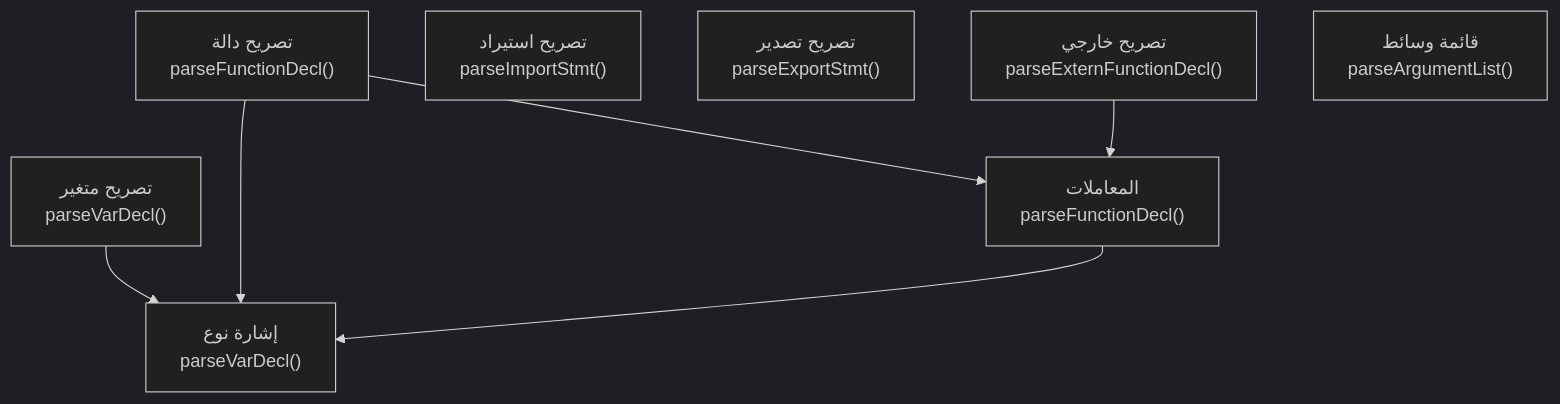
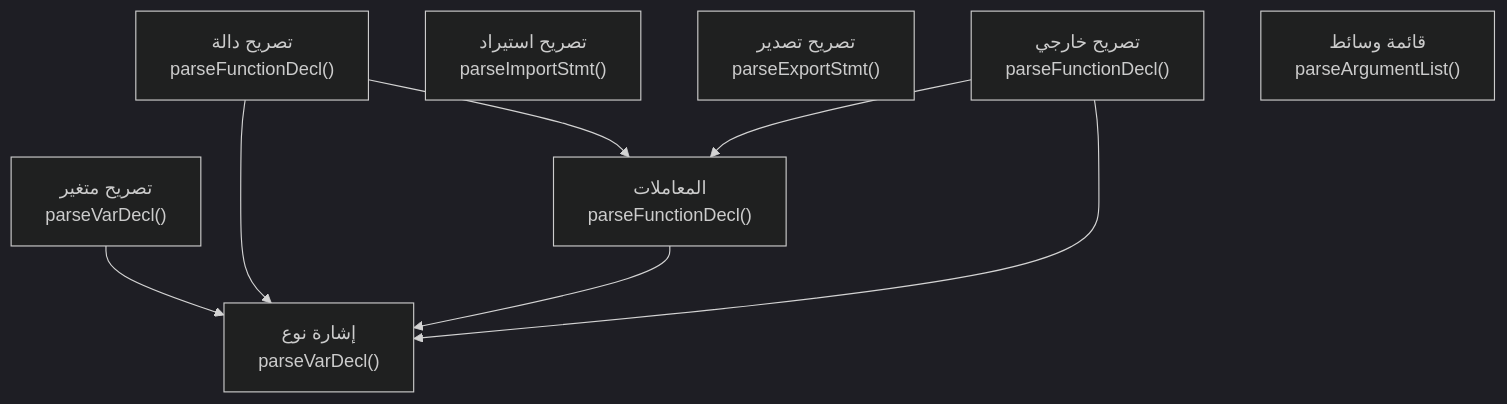
One commit to sadlang/sadlang changed the first of 17 diagrams in docs/parser_rule/_generated/20_declarations.md. Above: the diagram before and after it, drawn with Mermaid (dark theme). The commit also changed other lines of this file and 49 other files, not shown here.

````diff
--- a/docs/parser_rule/_generated/20_declarations.md
+++ b/docs/parser_rule/_generated/20_declarations.md
@@ -16,16 +16,17 @@
 ```mermaid
 flowchart TD
   o1["تصريح متغير<br/>parseVarDecl()"]
   o2["إشارة نوع<br/>parseVarDecl()"]
   o3["تصريح دالة<br/>parseFunctionDecl()"]
   o4["المعاملات<br/>parseFunctionDecl()"]
   o5["تصريح استيراد<br/>parseImportStmt()"]
   o6["تصريح تصدير<br/>parseExportStmt()"]
-  o7["تصريح خارجي<br/>parseExternFunctionDecl()"]
+  o7["تصريح خارجي<br/>parseFunctionDecl()"]
   o8["قائمة وسائط<br/>parseArgumentList()"]
   o1 --> o2
   o3 --> o2
   o3 --> o4
   o4 --> o2
+  o7 --> o2
   o7 --> o4
 ```
````
